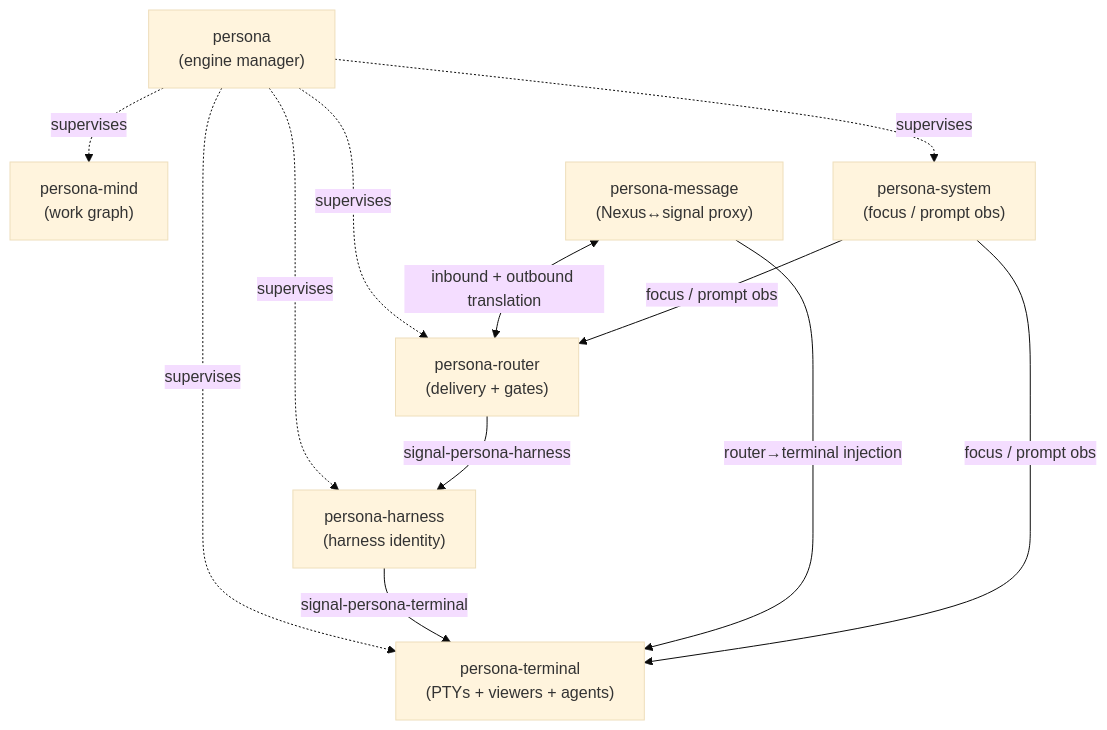
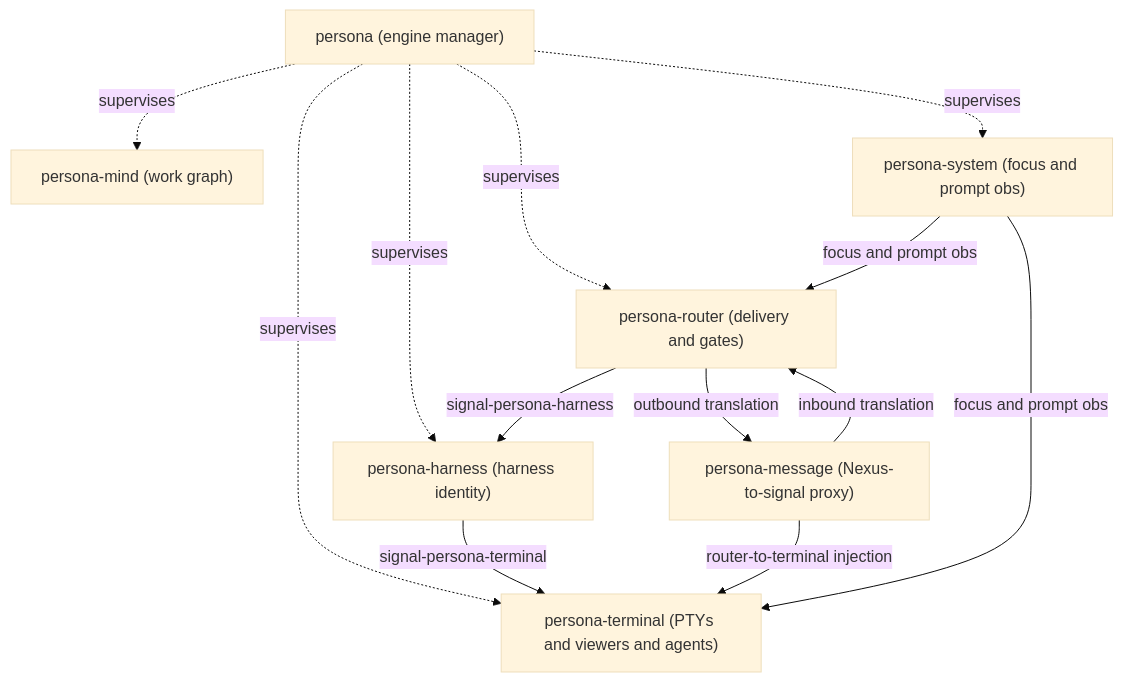
One commit to LiGoldragon/primary changed the second of 18 diagrams in reports/designer/114-persona-vision-as-of-2026-05-11.md. Above: the diagram before and after it, drawn with Mermaid (base theme). The commit also changed other lines of this file, not shown here.

````diff
--- a/reports/designer/114-persona-vision-as-of-2026-05-11.md
+++ b/reports/designer/114-persona-vision-as-of-2026-05-11.md
@@ -100,25 +104,26 @@
 ```mermaid
 flowchart TB
-    mgr["persona<br/>(engine manager)"]
+    mgr["persona (engine manager)"]
 
-    mind["persona-mind<br/>(work graph)"]
-    msg["persona-message<br/>(Nexus↔signal proxy)"]
-    router["persona-router<br/>(delivery + gates)"]
-    system["persona-system<br/>(focus / prompt obs)"]
-    harness["persona-harness<br/>(harness identity)"]
-    terminal["persona-terminal<br/>(PTYs + viewers + agents)"]
+    mind["persona-mind (work graph)"]
+    msg["persona-message (Nexus-to-signal proxy)"]
+    router["persona-router (delivery and gates)"]
+    system["persona-system (focus and prompt obs)"]
+    harness["persona-harness (harness identity)"]
+    terminal["persona-terminal (PTYs and viewers and agents)"]
 
     mgr -.->|supervises| mind
     mgr -.->|supervises| router
     mgr -.->|supervises| system
     mgr -.->|supervises| harness
     mgr -.->|supervises| terminal
 
-    msg <-->|inbound + outbound translation| router
+    msg -->|inbound translation| router
+    router -->|outbound translation| msg
     router -->|signal-persona-harness| harness
     harness -->|signal-persona-terminal| terminal
-    msg -->|router→terminal injection| terminal
+    msg -->|router-to-terminal injection| terminal
 
-    system -->|focus / prompt obs| router
-    system -->|focus / prompt obs| terminal
+    system -->|focus and prompt obs| router
+    system -->|focus and prompt obs| terminal
 ```
````
